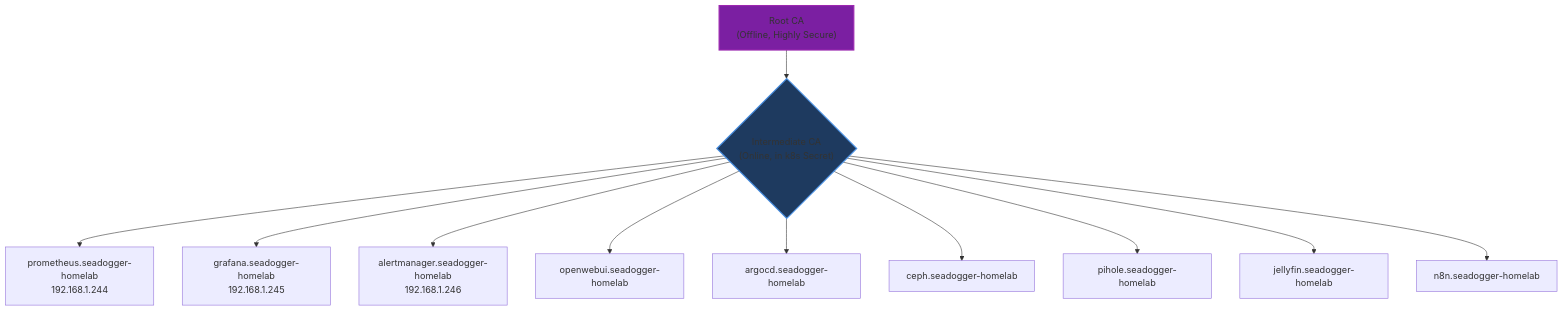
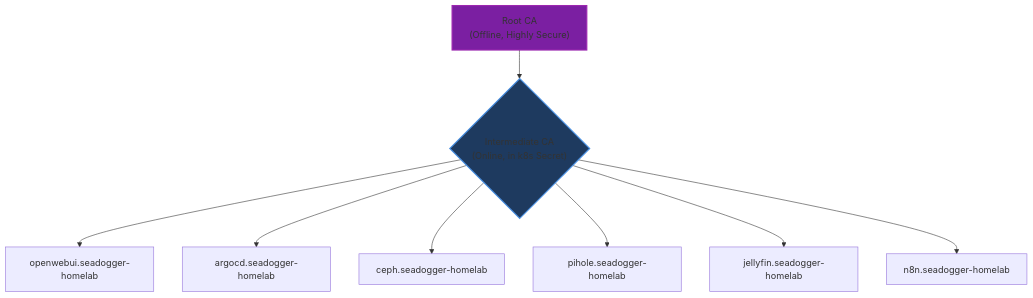
One commit to seadogger-tech/seadogger-homelab changed the first of 8 diagrams in docs/wiki/08-Security-and-Certificates.md. Above: the diagram before and after it, drawn with Mermaid. The commit also changed other lines of this file and 18 other files, not shown here.

````diff
--- a/docs/wiki/08-Security-and-Certificates.md
+++ b/docs/wiki/08-Security-and-Certificates.md
@@ -25,16 +25,13 @@
 ```mermaid
 graph TD
     A["Root CA<br>(Offline, Highly Secure)"] --> B{"Intermediate CA<br>(Online, in k8s Secret)"};
-    B --> prometheus["prometheus.seadogger-homelab<br>192.168.1.244"];
-    B --> grafana["grafana.seadogger-homelab<br>192.168.1.245"];
-    B --> alertmanager["alertmanager.seadogger-homelab<br>192.168.1.246"];
     B --> openwebui["openwebui.seadogger-homelab"];
     B --> argocd["argocd.seadogger-homelab"];
     B --> ceph["ceph.seadogger-homelab"];
     B --> pihole["pihole.seadogger-homelab"];
     B --> jellyfin["jellyfin.seadogger-homelab"];
     B --> n8n["n8n.seadogger-homelab"];
 
     style A fill:#7b1fa2,stroke:#9c27b0,stroke-width:2px
     style B fill:#1e3a5f,stroke:#4a90e2,stroke-width:2px
 ```
````
